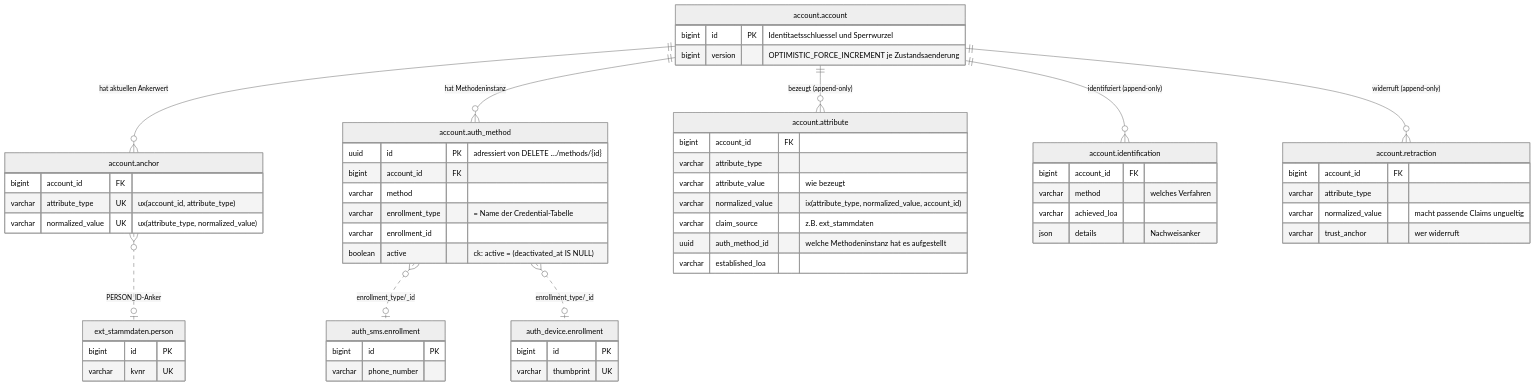
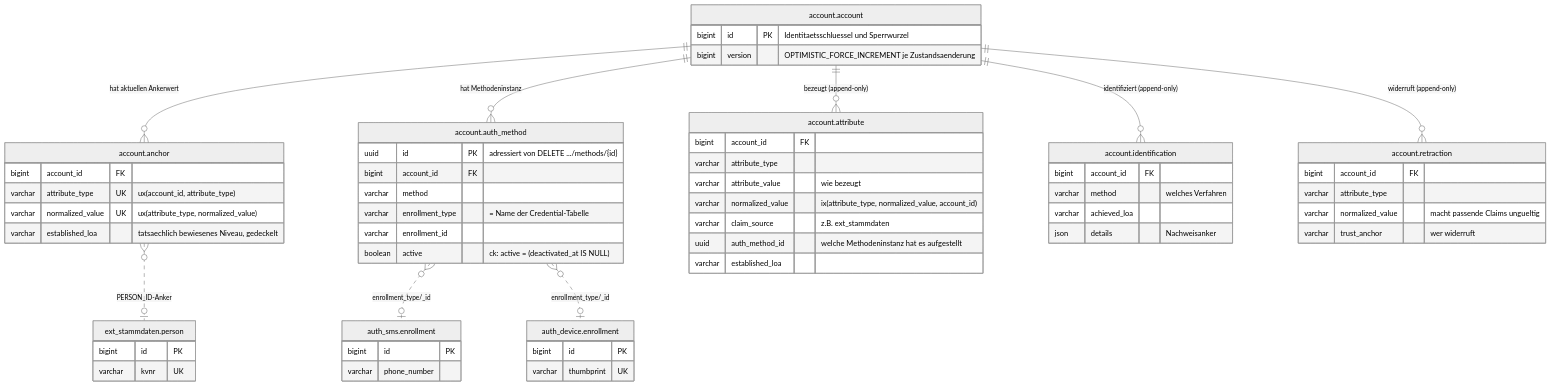
Before and after one commit to rpreissel/DPoP-demo: the fourth of 5 diagrams in docs/02-domaenenmodell.md, drawn with Mermaid (neutral theme). The commit also changed other lines of this file and 10 other files, not shown here.

````diff
--- a/docs/02-domaenenmodell.md
+++ b/docs/02-domaenenmodell.md
@@ -172,62 +174,63 @@
 ```mermaid
 erDiagram
   account.account ||--o{ account.anchor : "hat aktuellen Ankerwert"
   account.account ||--o{ account.auth_method : "hat Methodeninstanz"
   account.account ||--o{ account.attribute : "bezeugt (append-only)"
   account.account ||--o{ account.identification : "identifiziert (append-only)"
   account.account ||--o{ account.retraction : "widerruft (append-only)"
   account.auth_method }o..o| auth_sms.enrollment : "enrollment_type/_id"
   account.auth_method }o..o| auth_device.enrollment : "enrollment_type/_id"
   account.anchor }o..o| ext_stammdaten.person : "PERSON_ID-Anker"
 
   account.account {
     bigint id PK "Identitaetsschluessel und Sperrwurzel"
     bigint version "OPTIMISTIC_FORCE_INCREMENT je Zustandsaenderung"
   }
   account.anchor {
     bigint account_id FK
     varchar attribute_type UK "ux(account_id, attribute_type)"
     varchar normalized_value UK "ux(attribute_type, normalized_value)"
+    varchar established_loa "tatsaechlich bewiesenes Niveau, gedeckelt"
   }
   account.auth_method {
     uuid id PK "adressiert von DELETE .../methods/{id}"
     bigint account_id FK
     varchar method
     varchar enrollment_type "= Name der Credential-Tabelle"
     varchar enrollment_id
     boolean active "ck: active = (deactivated_at IS NULL)"
   }
   account.attribute {
     bigint account_id FK
     varchar attribute_type
     varchar attribute_value "wie bezeugt"
     varchar normalized_value "ix(attribute_type, normalized_value, account_id)"
     varchar claim_source "z.B. ext_stammdaten"
     uuid auth_method_id "welche Methodeninstanz hat es aufgestellt"
     varchar established_loa
   }
   account.retraction {
     bigint account_id FK
     varchar attribute_type
     varchar normalized_value "macht passende Claims ungueltig"
     varchar trust_anchor "wer widerruft"
   }
   account.identification {
     bigint account_id FK
     varchar method "welches Verfahren"
     varchar achieved_loa
     json details "Nachweisanker"
   }
   auth_sms.enrollment {
     bigint id PK
     varchar phone_number
   }
   auth_device.enrollment {
     bigint id PK
     varchar thumbprint UK
   }
   ext_stammdaten.person {
     bigint id PK
     varchar kvnr UK
   }
 ```
````
